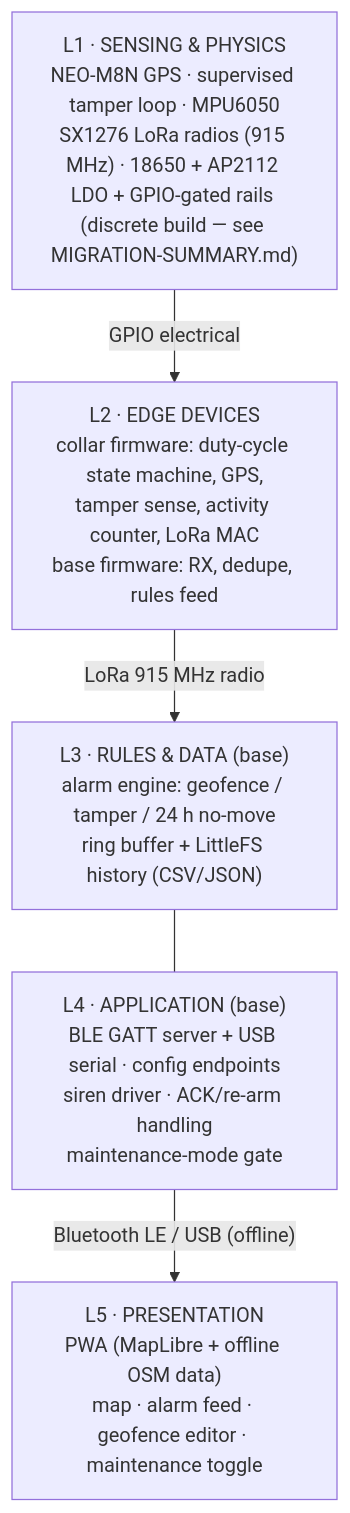
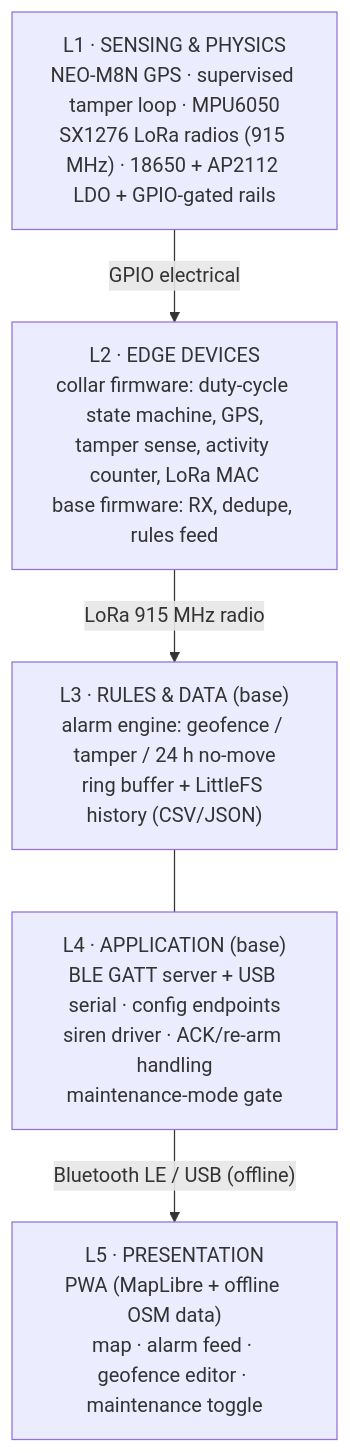
One commit to qppd/smart-collar changed the first of 3 diagrams in docs/SYSTEM-ARCHITECTURE.md. Above: the diagram before and after it, drawn with Mermaid. The commit also changed 6 other files, not shown here.

First line of the commit message:
Remove MIGRATION-SUMMARY.md from repo; add to .gitignore

````diff
--- a/docs/SYSTEM-ARCHITECTURE.md
+++ b/docs/SYSTEM-ARCHITECTURE.md
@@ -9,12 +9,12 @@
 ```mermaid
 flowchart TB
     L5["L5 · PRESENTATION<br/>PWA (MapLibre + offline OSM data)<br/>map · alarm feed · geofence editor · maintenance toggle"]
     L4["L4 · APPLICATION (base)<br/>BLE GATT server + USB serial · config endpoints<br/>siren driver · ACK/re-arm handling<br/>maintenance-mode gate"]
     L3["L3 · RULES &amp; DATA (base)<br/>alarm engine: geofence / tamper / 24 h no-move<br/>ring buffer + LittleFS history (CSV/JSON)"]
     L2["L2 · EDGE DEVICES<br/>collar firmware: duty-cycle state machine, GPS,<br/>tamper sense, activity counter, LoRa MAC<br/>base firmware: RX, dedupe, rules feed"]
-    L1["L1 · SENSING &amp; PHYSICS<br/>NEO-M8N GPS · supervised tamper loop · MPU6050<br/>SX1276 LoRa radios (915 MHz) · 18650 + AP2112 LDO + GPIO-gated rails (discrete build — see MIGRATION-SUMMARY.md)"]
+    L1["L1 · SENSING &amp; PHYSICS<br/>NEO-M8N GPS · supervised tamper loop · MPU6050<br/>SX1276 LoRa radios (915 MHz) · 18650 + AP2112 LDO + GPIO-gated rails"]
     L1 -- "GPIO electrical" --> L2
     L2 -- "LoRa 915 MHz radio" --> L3
     L3 --- L4
     L4 -- "Bluetooth LE / USB (offline)" --> L5
 ```
````
